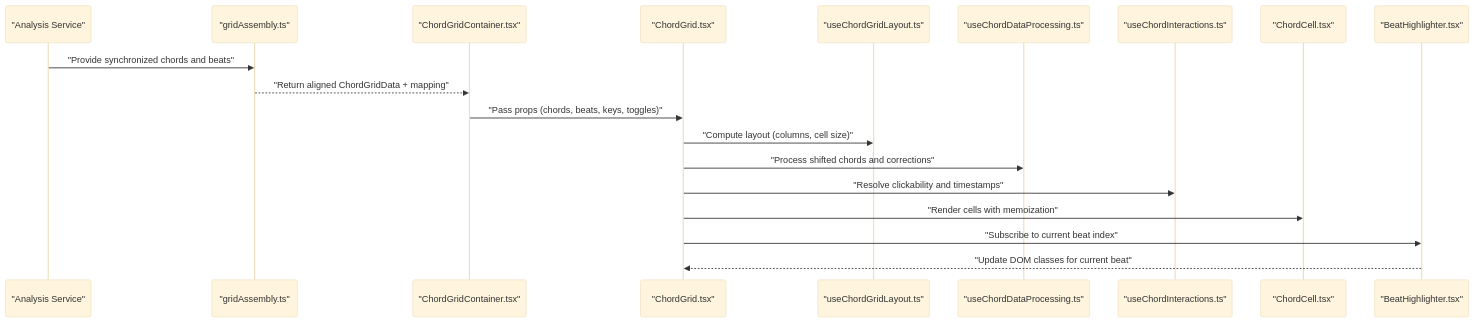
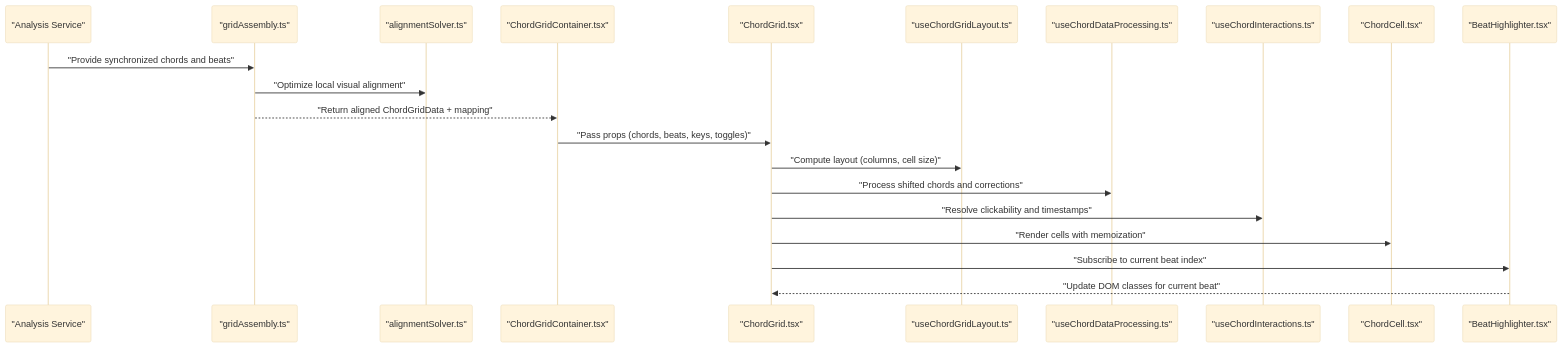
Before and after one commit to ptnghia-j/ChordMiniApp: the second of 7 diagrams in .qoder/repowiki/en/content/Visualization and User Interface/Chord Analysis Interface.md, drawn with Mermaid (base theme). The commit also changed other lines of this file and 18 other files, not shown here.

````diff
--- a/.qoder/repowiki/en/content/Visualization and User Interface/Chord Analysis Interface.md
+++ b/.qoder/repowiki/en/content/Visualization and User Interface/Chord Analysis Interface.md
@@ -138,21 +143,23 @@
 ```mermaid
 sequenceDiagram
 participant Service as "Analysis Service"
 participant GA as "gridAssembly.ts"
+participant Solver as "alignmentSolver.ts"
 participant CGC as "ChordGridContainer.tsx"
 participant CG as "ChordGrid.tsx"
 participant Hook1 as "useChordGridLayout.ts"
 participant Hook2 as "useChordDataProcessing.ts"
 participant Hook3 as "useChordInteractions.ts"
 participant CC as "ChordCell.tsx"
 participant BH as "BeatHighlighter.tsx"
 Service->>GA : "Provide synchronized chords and beats"
+GA->>Solver : "Optimize local visual alignment"
 GA-->>CGC : "Return aligned ChordGridData + mapping"
 CGC->>CG : "Pass props (chords, beats, keys, toggles)"
 CG->>Hook1 : "Compute layout (columns, cell size)"
 CG->>Hook2 : "Process shifted chords and corrections"
 CG->>Hook3 : "Resolve clickability and timestamps"
 CG->>CC : "Render cells with memoization"
 CG->>BH : "Subscribe to current beat index"
 BH-->>CG : "Update DOM classes for current beat"
 ```
````
